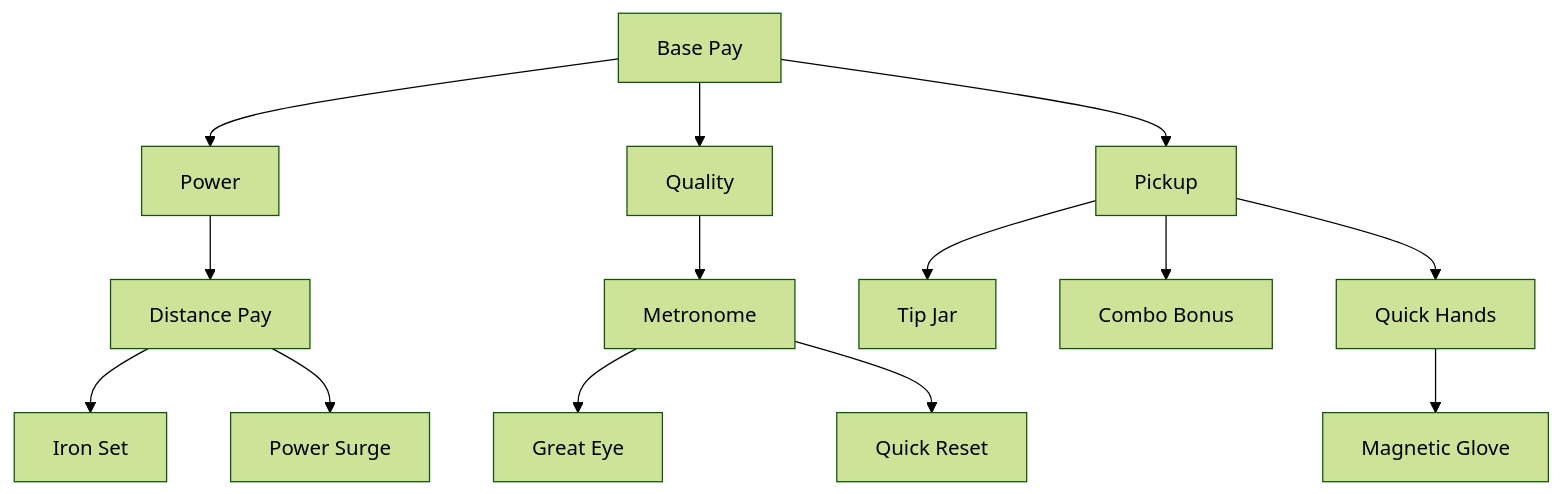
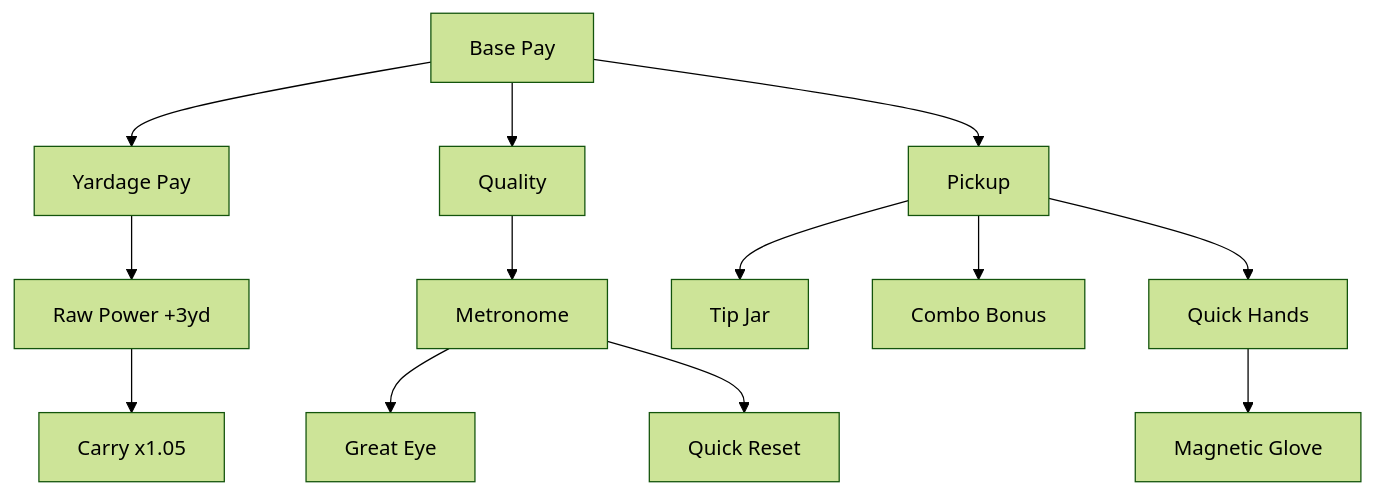
The diagram in docs/v2/04-upgrade-tree.md (bicrick/golf_incremental), drawn with Mermaid (forest theme) before and after one commit. The commit also changed other lines of this file and 15 other files, not shown here.

````diff
--- a/docs/v2/04-upgrade-tree.md
+++ b/docs/v2/04-upgrade-tree.md
@@ -15,16 +15,15 @@
 ```mermaid
 flowchart TB
-  basePay[Base Pay] --> power[Power]
+  basePay[Base Pay] --> yardagePay[Yardage Pay]
   basePay --> quality[Quality]
   basePay --> pickup[Pickup]
-  power --> distancePay[Distance Pay]
-  distancePay --> ironSet[Iron Set]
-  distancePay --> powerSurge[Power Surge]
+  yardagePay --> rawPower[Raw Power +3yd]
+  rawPower --> carry[Carry x1.05]
   quality --> metronome[Metronome]
   metronome --> greatEye[Great Eye]
   metronome --> quickReset[Quick Reset]
   pickup --> tipJar[Tip Jar]
   pickup --> comboBonus[Combo Bonus]
   pickup --> quickHands[Quick Hands]
   quickHands --> magneticGlove[Magnetic Glove]
 ```
````
